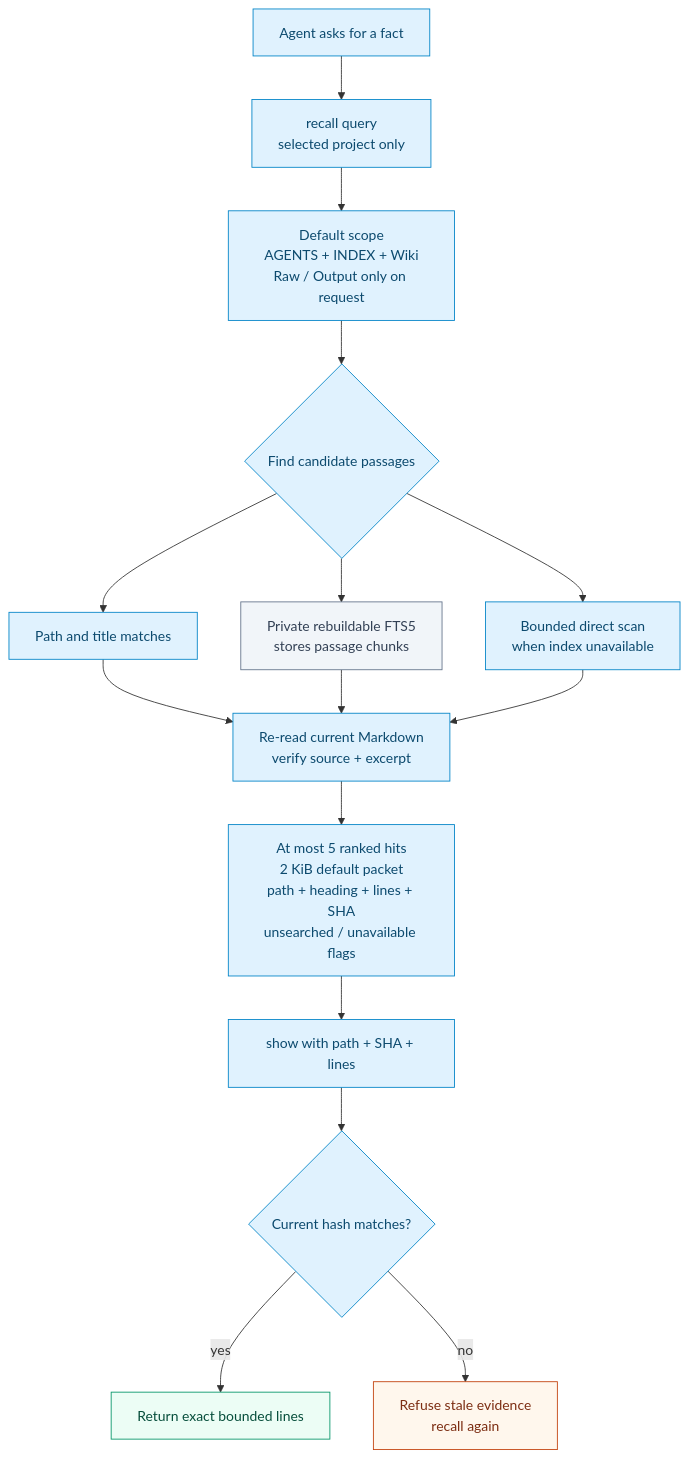
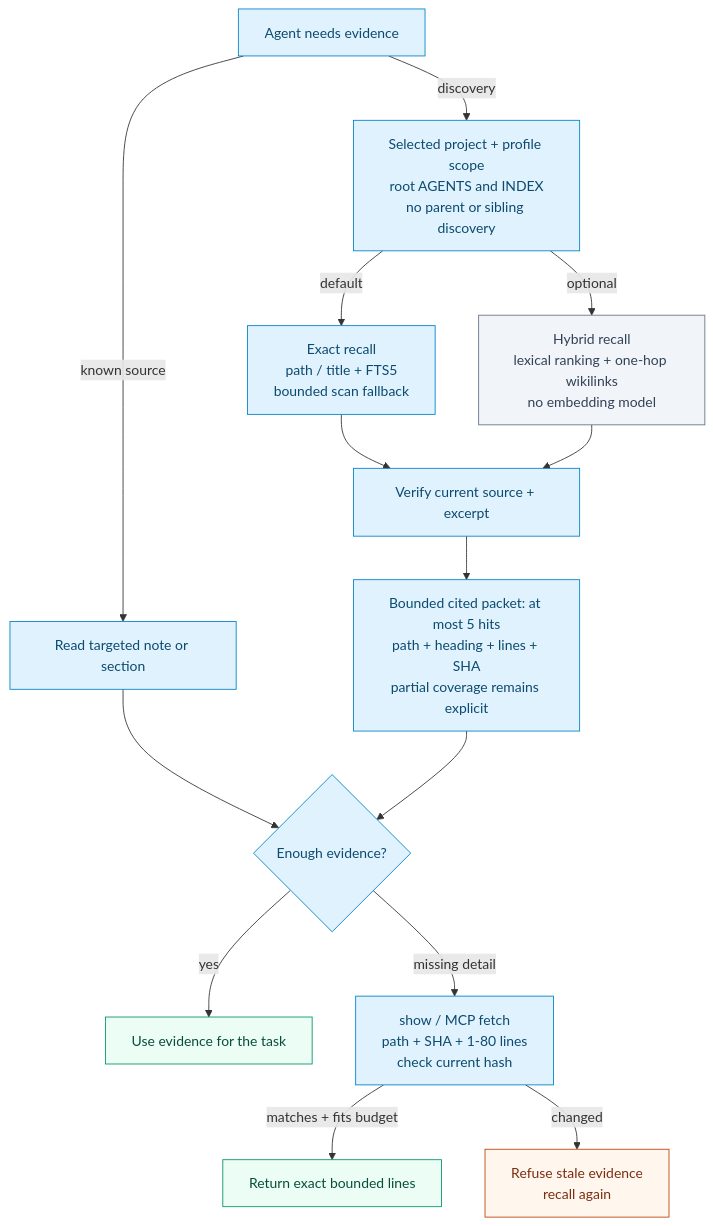
One commit to Kian-hdr/isolinear-memory changed the second of 6 diagrams in docs/DIAGRAMS.md. Above: the diagram before and after it, drawn with Mermaid. The commit also changed other lines of this file and 24 other files, not shown here.

First line of the commit message:
Explain Isolinear architecture and simplify setup guidance (#7)

````diff
--- a/docs/DIAGRAMS.md
+++ b/docs/DIAGRAMS.md
@@ -66,27 +65,26 @@
 ```mermaid
 flowchart TB
-  accTitle: Bounded recall verifies current Markdown before returning evidence
-  accDescr: Recall searches the selected project's Wiki and root routing files by default. Path matches, private FTS5 chunks and bounded direct scanning provide candidates. Every returned hit is checked against current Markdown. Show expands lines only when the source hash still matches; incomplete coverage is reported.
-  Q["Agent asks for a fact"] --> R["recall query<br/>selected project only"]
-  R --> S["Default scope<br/>AGENTS + INDEX + Wiki<br/>Raw / Output only on request"]
-  S --> C{"Find candidate passages"}
-  C --> P["Path and title matches"]
-  C --> I["Private rebuildable FTS5<br/>stores passage chunks"]
-  C --> D["Bounded direct scan<br/>when index unavailable"]
-  P --> V["Re-read current Markdown<br/>verify source + excerpt"]
+  accTitle: Retrieve small evidence, expand only when needed
+  accDescr: Known notes can be read directly. Discovery uses exact recall or optional hybrid lexical and explicit-link ranking within the selected profile. Current Markdown is checked before small cited hits are returned. Coverage limits remain visible. Expand only missing detail, with stale source hashes refused.
+  Q["Agent needs evidence"] -->|"known source"| N["Read targeted note or section"]
+  Q -->|"discovery"| S["Selected project + profile scope<br/>root AGENTS and INDEX<br/>no parent or sibling discovery"]
+  S -->|"default"| P["Exact recall<br/>path / title + FTS5<br/>bounded scan fallback"]
+  S -->|"optional"| I["Hybrid recall<br/>lexical ranking + one-hop wikilinks<br/>no embedding model"]
+  P --> V["Verify current source + excerpt"]
   I --> V
-  D --> V
-  V --> O["At most 5 ranked hits<br/>2 KiB default packet<br/>path + heading + lines + SHA<br/>unsearched / unavailable flags"]
-  O --> H["show with path + SHA + lines"]
-  H --> G{"Current hash matches?"}
-  G -->|"yes"| E["Return exact bounded lines"]
-  G -->|"no"| X["Refuse stale evidence<br/>recall again"]
+  V --> O["Bounded cited packet: at most 5 hits<br/>path + heading + lines + SHA<br/>partial coverage remains explicit"]
+  N --> D{"Enough evidence?"}
+  O --> D
+  D -->|"yes"| A["Use evidence for the task"]
+  D -->|"missing detail"| H["show / MCP fetch<br/>path + SHA + 1-80 lines<br/>check current hash"]
+  H -->|"matches + fits budget"| E["Return exact bounded lines"]
+  H -->|"changed"| X["Refuse stale evidence<br/>recall again"]
   classDef route fill:#e0f2fe,stroke:#0284c7,color:#0c4a6e;
   classDef private fill:#f1f5f9,stroke:#64748b,color:#334155;
   classDef valid fill:#ecfdf5,stroke:#059669,color:#064e3b;
   classDef stale fill:#fff7ed,stroke:#c2410c,color:#7c2d12;
-  class Q,R,S,C,P,D,V,O,H,G route;
+  class Q,N,S,P,D,V,O,H route;
   class I private;
-  class E valid;
+  class E,A valid;
   class X stale;
 ```
````
